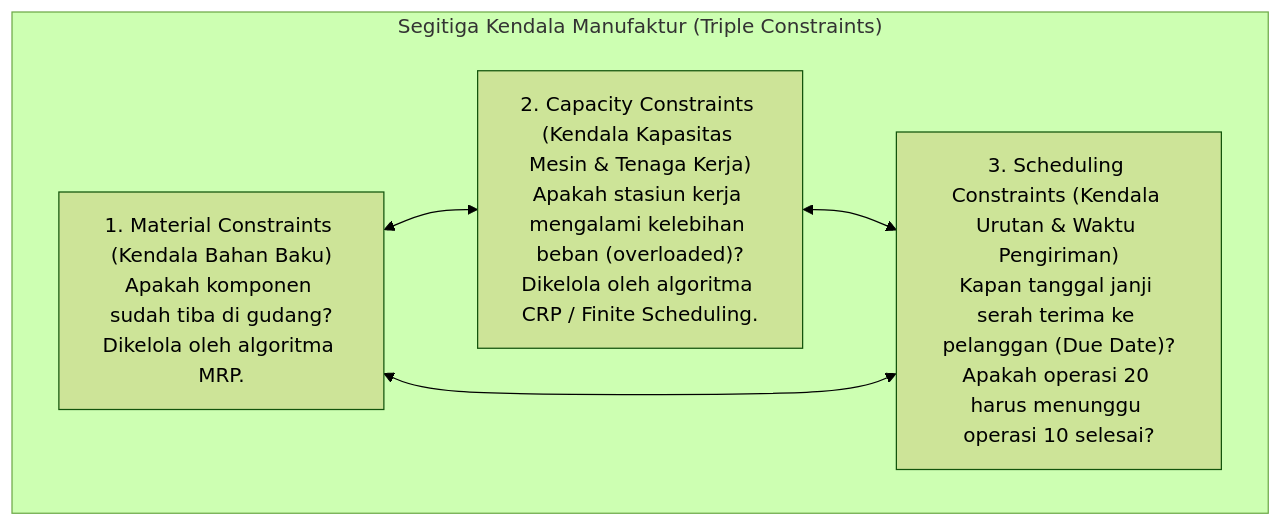
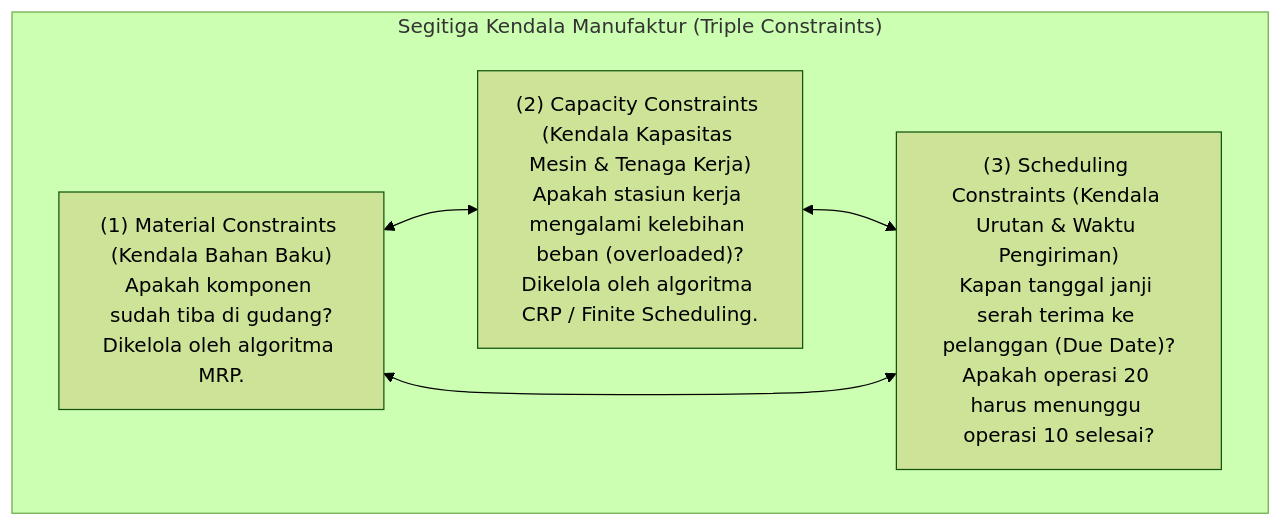
One commit to alimurrofid/erp-notes changed the first of 3 diagrams in content/06-manufacturing/capacity-planning-and-scheduling.md. Above: the diagram before and after it, drawn with Mermaid (forest theme). The commit also changed other lines of this file and 132 other files, not shown here.

````diff
--- a/content/06-manufacturing/capacity-planning-and-scheduling.md
+++ b/content/06-manufacturing/capacity-planning-and-scheduling.md
@@ -27,11 +27,11 @@
 ```mermaid
 flowchart TD
     subgraph Constraints["Segitiga Kendala Manufaktur (Triple Constraints)"]
-        MC["1. Material Constraints (Kendala Bahan Baku)<br/>Apakah komponen sudah tiba di gudang?<br/>Dikelola oleh algoritma MRP."]
-        CC["2. Capacity Constraints (Kendala Kapasitas Mesin & Tenaga Kerja)<br/>Apakah stasiun kerja mengalami kelebihan beban (overloaded)?<br/>Dikelola oleh algoritma CRP / Finite Scheduling."]
-        SC["3. Scheduling Constraints (Kendala Urutan & Waktu Pengiriman)<br/>Kapan tanggal janji serah terima ke pelanggan (Due Date)?<br/>Apakah operasi 20 harus menunggu operasi 10 selesai?"]
+        MC["(1) Material Constraints (Kendala Bahan Baku)<br/>Apakah komponen sudah tiba di gudang?<br/>Dikelola oleh algoritma MRP."]
+        CC["(2) Capacity Constraints (Kendala Kapasitas Mesin & Tenaga Kerja)<br/>Apakah stasiun kerja mengalami kelebihan beban (overloaded)?<br/>Dikelola oleh algoritma CRP / Finite Scheduling."]
+        SC["(3) Scheduling Constraints (Kendala Urutan & Waktu Pengiriman)<br/>Kapan tanggal janji serah terima ke pelanggan (Due Date)?<br/>Apakah operasi 20 harus menunggu operasi 10 selesai?"]
     end
     MC <--> CC
     CC <--> SC
     SC <--> MC
 ```
````
